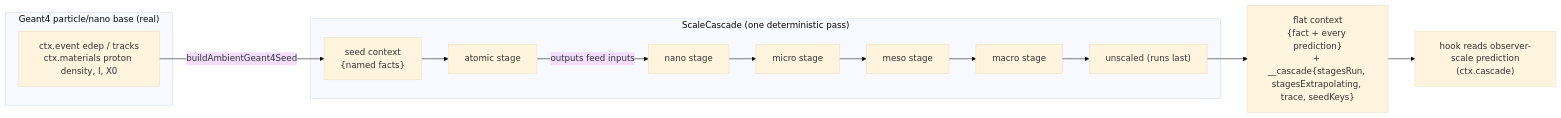
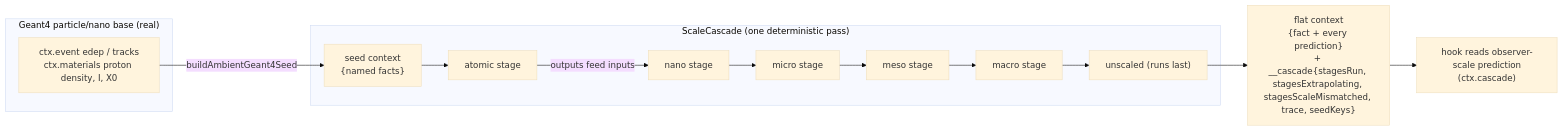
Before and after one commit to Geckos-Ink/trech: diagram 23 of 24 in CHARTS.md, drawn with Mermaid (base theme). The commit also changed other lines of this file and 22 other files, not shown here.

````diff
--- a/CHARTS.md
+++ b/CHARTS.md
@@ -614,18 +620,18 @@
 ```mermaid
 flowchart LR
   subgraph Base["Geant4 particle/nano base (real)"]
     G4["ctx.event edep / tracks\nctx.materials proton density, I, X0"]
   end
   subgraph Cascade["ScaleCascade (one deterministic pass)"]
     SEED["seed context\n{named facts}"]
     A["atomic stage"]
     N["nano stage"]
     MI["micro stage"]
     ME["meso stage"]
     MA["macro stage"]
     U["unscaled (runs last)"]
   end
-  OUT["flat context\n{fact + every prediction}\n+ __cascade{stagesRun, stagesExtrapolating, trace, seedKeys}"]
+  OUT["flat context\n{fact + every prediction}\n+ __cascade{stagesRun, stagesExtrapolating, stagesScaleMismatched, trace, seedKeys}"]
   G4 -->|buildAmbientGeant4Seed| SEED --> A -->|outputs feed inputs| N --> MI --> ME --> MA --> U --> OUT
   OUT --> HOOK["hook reads observer-scale prediction\n(ctx.cascade)"]
 ```
````
